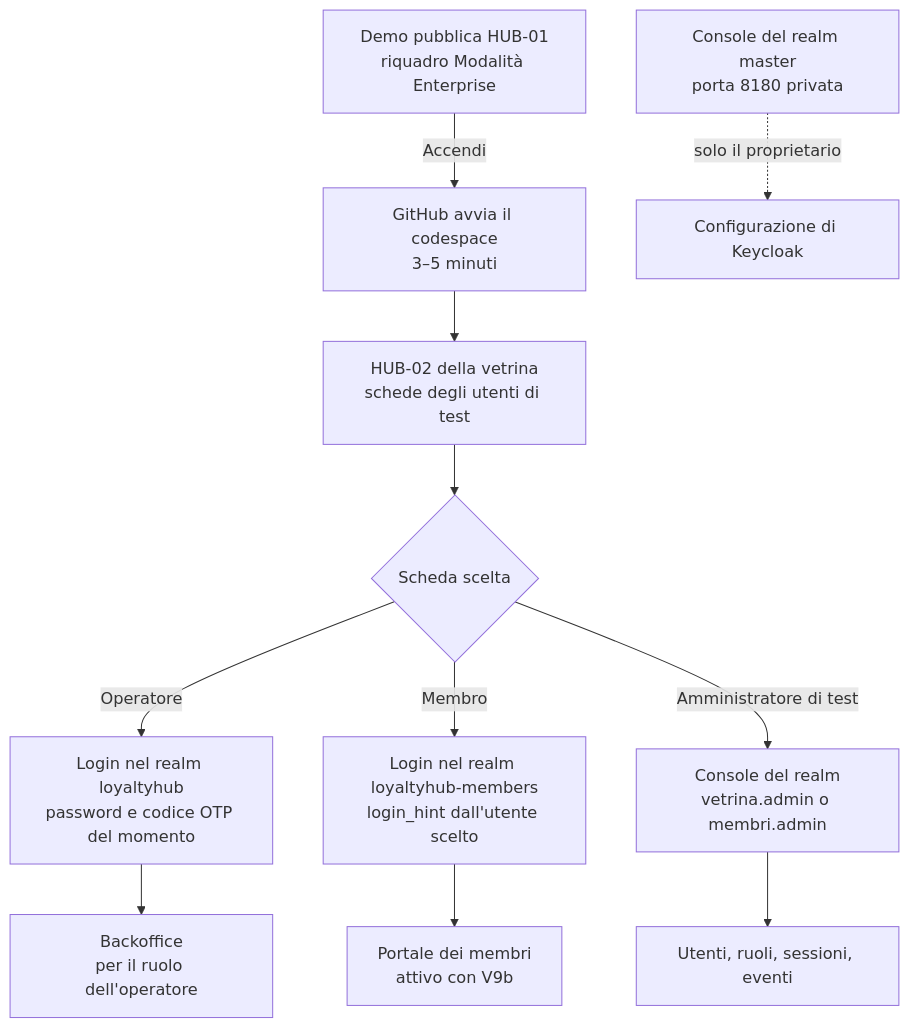
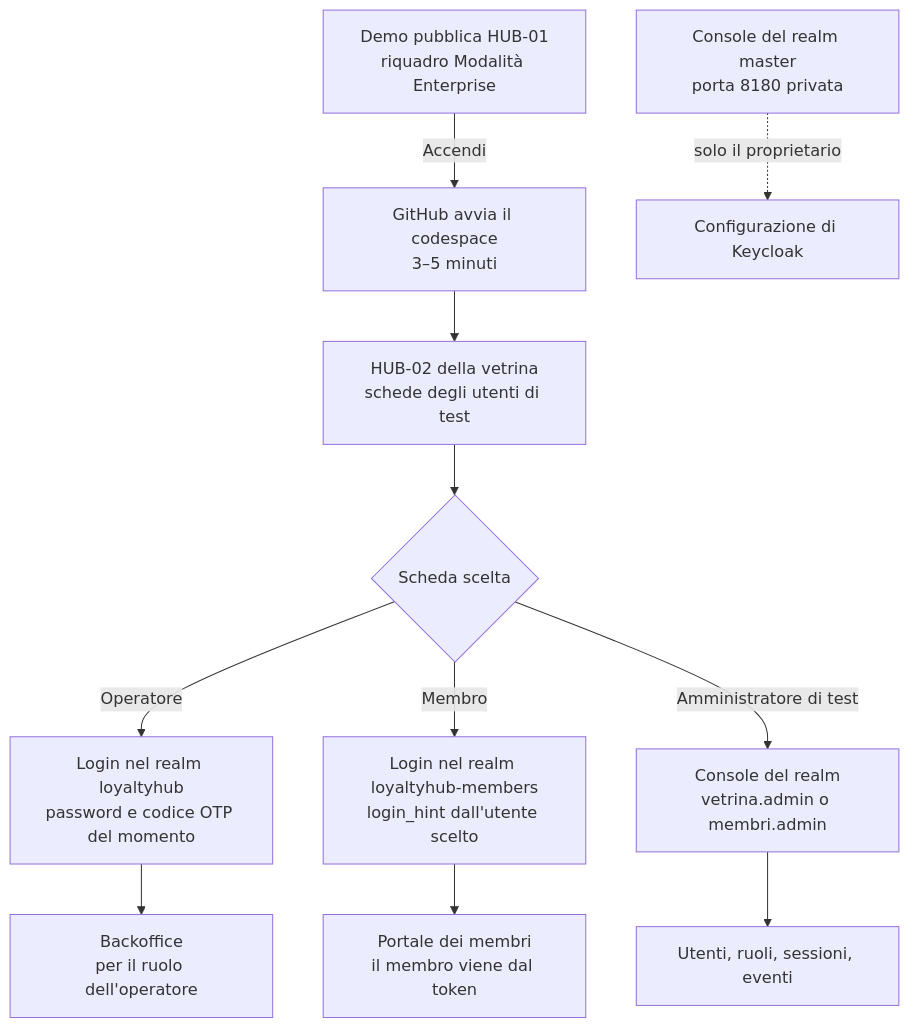
The fourth of 8 diagrams in concetti/vetrina-enterprise.mdx (peppe-ruv/Loyalty_Sys), drawn with Mermaid before and after one commit. The commit also changed other lines of this file and 44 other files, not shown here.

First line of the commit message:
feat(web): portale dei membri dal token [F2-SEC-09, PT-08, PT-16, ADR-048, ADR-051, docs/18 M8.14 V9b]

````diff
--- a/concetti/vetrina-enterprise.mdx
+++ b/concetti/vetrina-enterprise.mdx
@@ -119,15 +119,15 @@
 ```mermaid
 flowchart TD
   accTitle: Percorso dal browser verso la vetrina enterprise
   accDescr: Il visitatore parte dalla demo pubblica, accende la modalità Enterprise con il pulsante nel riquadro, attende l'avvio del codespace e arriva a HUB-02 della vetrina. Lì sceglie la scheda di un utente di test: l'operatore entra nel realm loyaltyhub con password e codice OTP del momento e arriva al backoffice, il membro entra nel realm loyaltyhub-members e arriva al portale, gli amministratori di test aprono la console del proprio realm. La console del realm master resta solo sulla porta privata del proprietario.
   A[Demo pubblica HUB-01<br/>riquadro Modalità Enterprise] -->|Accendi| B[GitHub avvia il codespace<br/>3–5 minuti]
   B --> C[HUB-02 della vetrina<br/>schede degli utenti di test]
   C --> D{Scheda scelta}
   D -->|Operatore| E[Login nel realm loyaltyhub<br/>password e codice OTP del momento]
   D -->|Membro| F[Login nel realm loyaltyhub-members<br/>login_hint dall'utente scelto]
   D -->|Amministratore di test| G[Console del realm<br/>vetrina.admin o membri.admin]
   E --> H[Backoffice<br/>per il ruolo dell'operatore]
-  F --> I[Portale dei membri<br/>attivo con V9b]
+  F --> I[Portale dei membri<br/>il membro viene dal token]
   G --> J[Utenti, ruoli, sessioni, eventi]
   P[Console del realm master<br/>porta 8180 privata] -.->|solo il proprietario| K[Configurazione di Keycloak]
 ```
````
